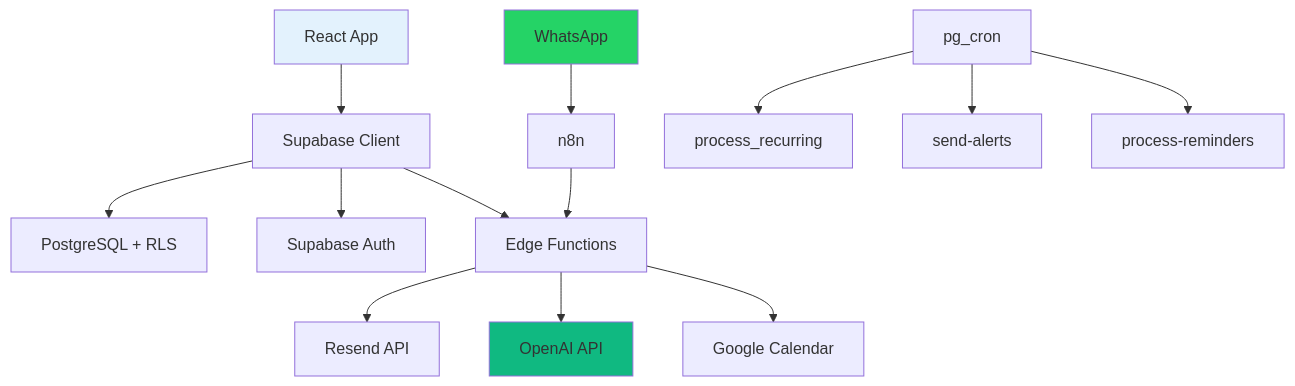
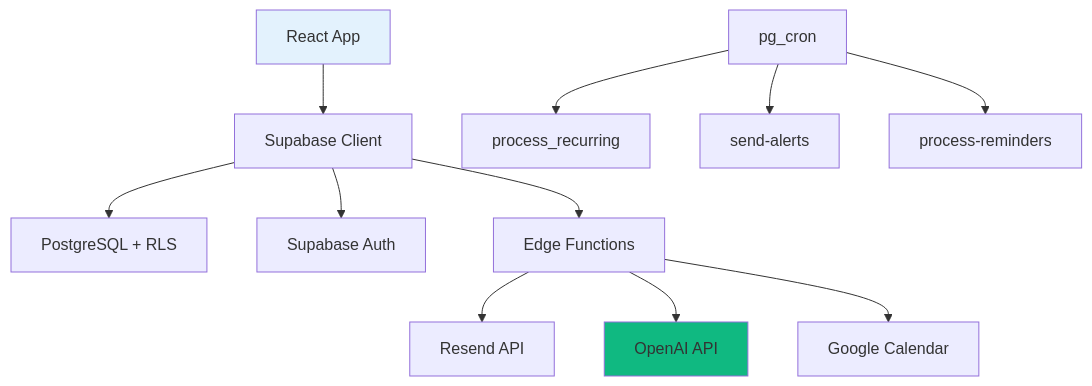
The diagram in APRESENTACAO_COMERCIAL.md (WesterlleyNeres/seu-dinheiro-planejado), drawn with Mermaid before and after one commit. The commit also changed other lines of this file and 112 other files, not shown here.

````diff
--- a/APRESENTACAO_COMERCIAL.md
+++ b/APRESENTACAO_COMERCIAL.md
@@ -357,19 +355,16 @@
 ```mermaid
 graph TB
     A[React App] --> B[Supabase Client]
     B --> C[PostgreSQL + RLS]
     B --> D[Supabase Auth]
     B --> E[Edge Functions]
     E --> F[Resend API]
     E --> G[OpenAI API]
     E --> H[Google Calendar]
-    I[WhatsApp] --> J[n8n]
-    J --> E
     K[pg_cron] --> L[process_recurring]
     K --> M[send-alerts]
     K --> N[process-reminders]
     
     style A fill:#e3f2fd
     style G fill:#10b981
-    style I fill:#25D366
 ```
````
